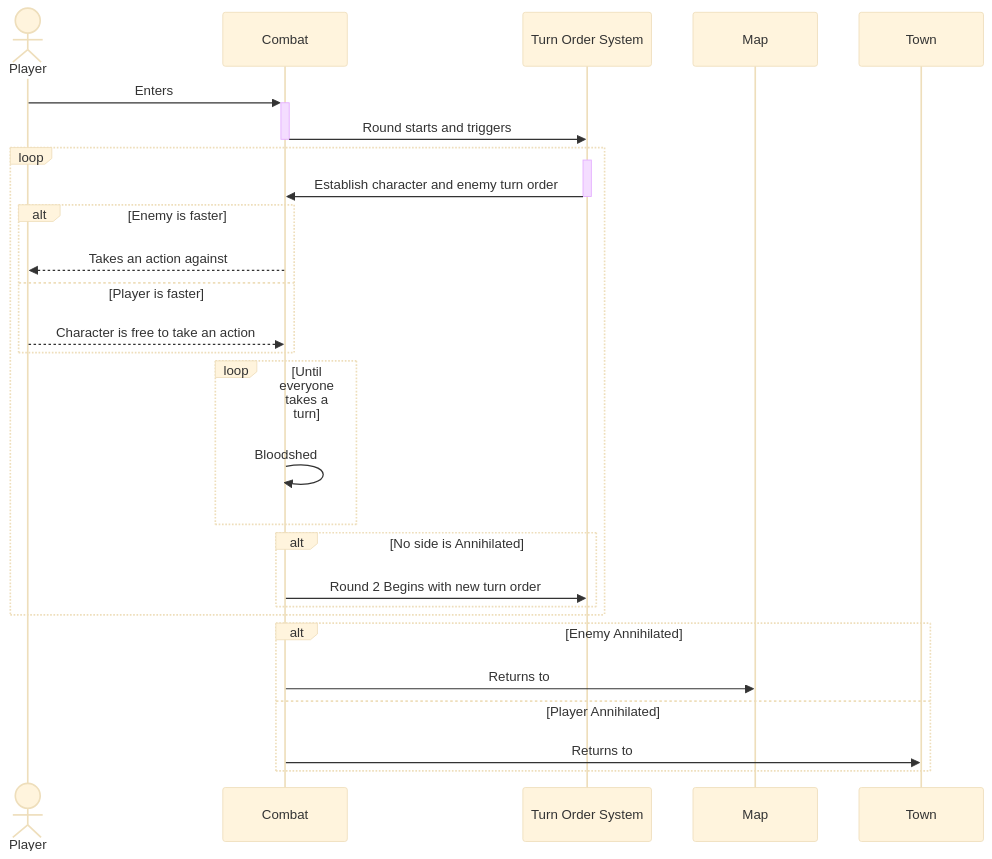
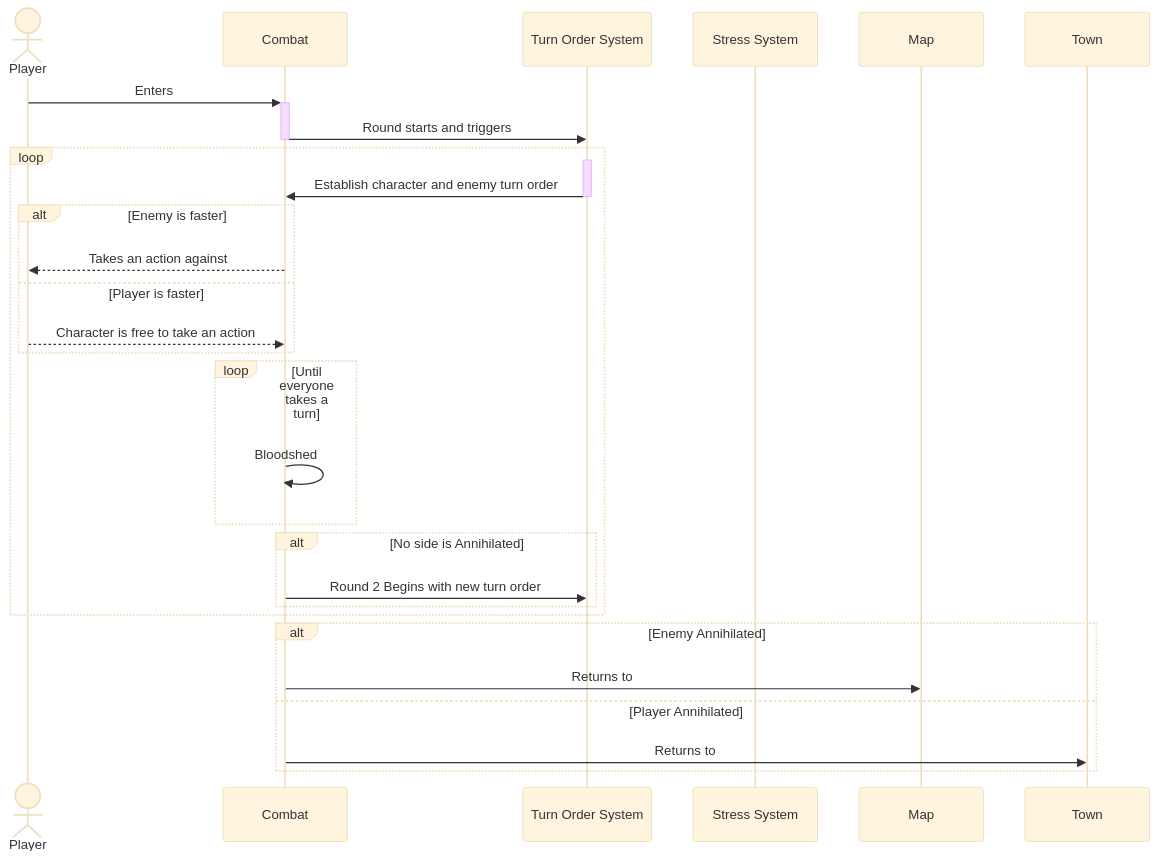
Before and after one commit to rolling-sagas/rs-doc: the second of 2 diagrams in darkest_dungeon_2/README.md, drawn with Mermaid (base theme). The commit also changed other lines of this file and 6 other files, not shown here.

````diff
--- a/darkest_dungeon_2/README.md
+++ b/darkest_dungeon_2/README.md
@@ -184,39 +215,41 @@
 ```mermaid
     sequenceDiagram
     Actor Player
     Participant Combat
     Participant Turn Order System
+    Participant Stress System
     Participant Map
     Participant Town
+
 
     
     Player->>+Combat: Enters
     Combat->>-Turn Order System: Round starts and triggers
 
     loop
     activate Turn Order System
     Turn Order System->>Combat: Establish character and enemy turn order
     deactivate Turn Order System
 
     alt Enemy is faster
     Combat-->>Player: Takes an action against
     else Player is faster
     Player-->>Combat: Character is free to take an action
     end 
 
     loop Until everyone takes a turn
     Combat->>Combat: Bloodshed
     end
 
 
     alt No side is Annihilated
     Combat->>Turn Order System: Round 2 Begins with new turn order
     end
     end
 
     alt Enemy Annihilated
     Combat->>Map: Returns to
     else Player Annihilated
     Combat->>Town: Returns to
     end
 ```
````
